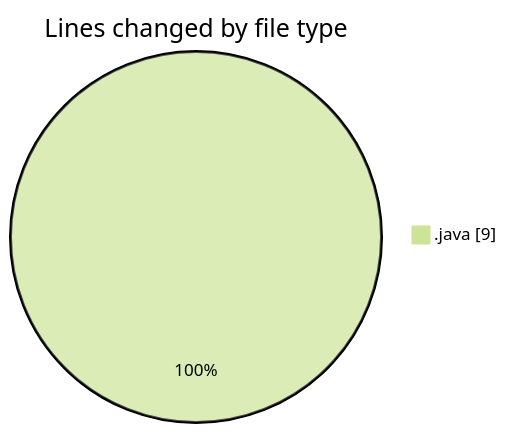
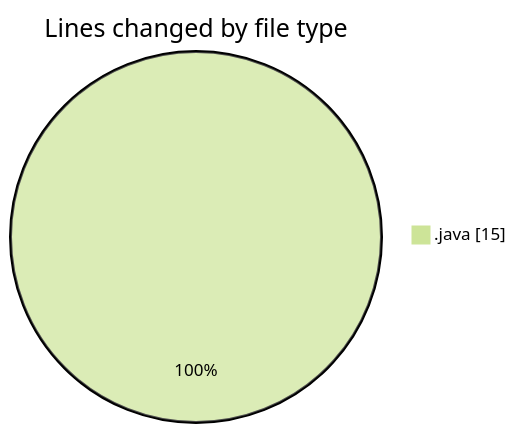
Before and after one commit to NitaiMahat/code-tracking: the first of 2 diagrams in 2025-02-03/java/README.md, drawn with Mermaid (forest theme). The commit also changed other lines of this file and 1 other file, not shown here.

````diff
--- a/2025-02-03/java/README.md
+++ b/2025-02-03/java/README.md
@@ -20,5 +20,5 @@
 ```mermaid
 pie showData
 title Lines changed by file type
-".java" : 9
+".java" : 15
 ```
````
